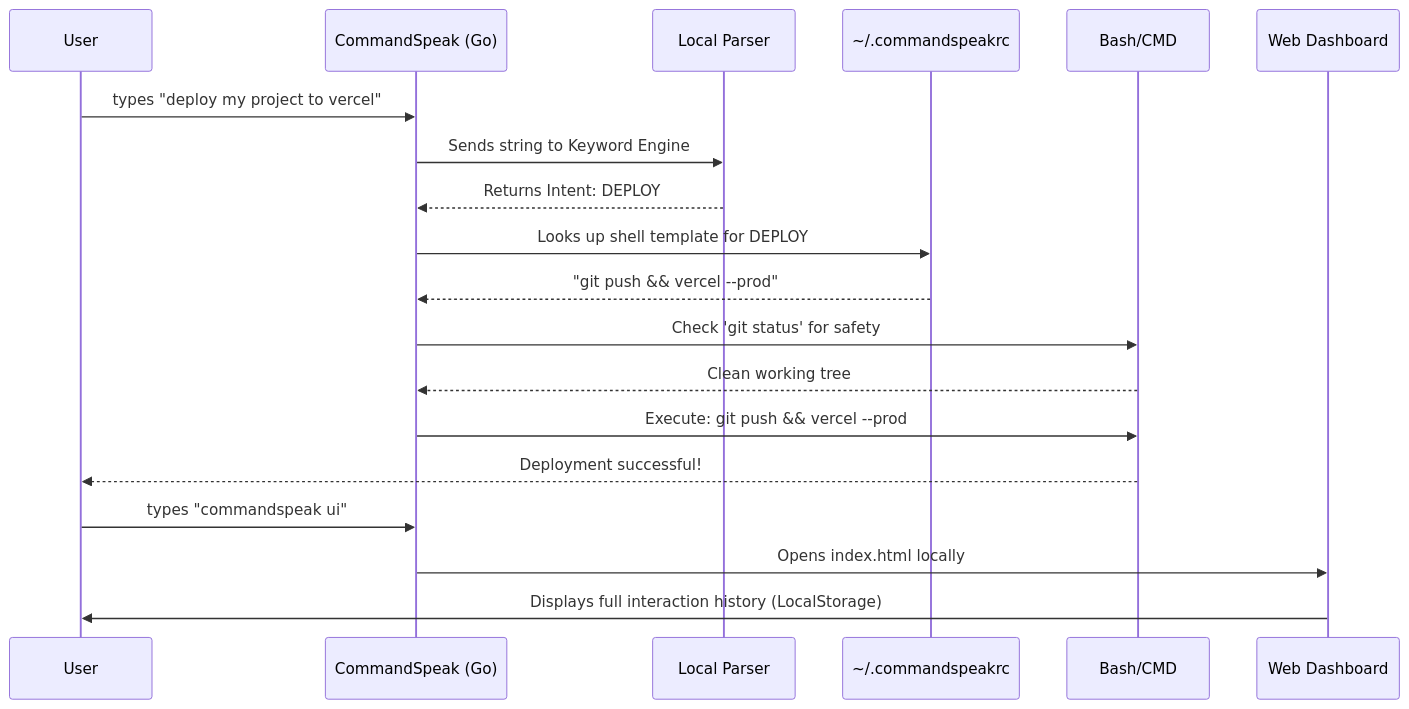
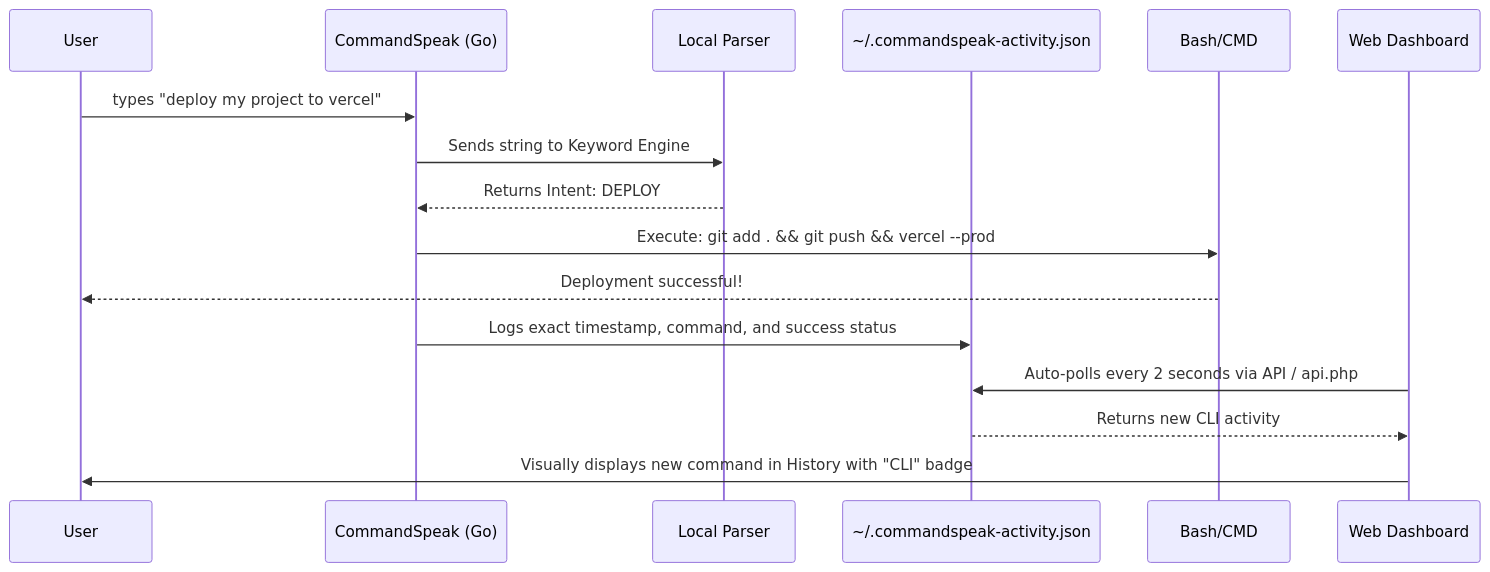
One commit to devchavda2007-web/commandspeak changed the diagram in README.md. Above: the diagram before and after it, drawn with Mermaid. The commit also changed other lines of this file and 3 other files, not shown here.

````diff
--- a/README.md
+++ b/README.md
@@ -27,25 +28,22 @@
 ```mermaid
 sequenceDiagram
     participant User
     participant CLI as CommandSpeak (Go)
     participant NLP as Local Parser
-    participant Config as ~/.commandspeakrc
+    participant DB as ~/.commandspeak-activity.json
     participant Shell as Bash/CMD
     participant UI as Web Dashboard
 
     User->>CLI: types "deploy my project to vercel"
     CLI->>NLP: Sends string to Keyword Engine
     NLP-->>CLI: Returns Intent: DEPLOY
-    CLI->>Config: Looks up shell template for DEPLOY
-    Config-->>CLI: "git push && vercel --prod"
     
-    CLI->>Shell: Check 'git status' for safety
-    Shell-->>CLI: Clean working tree
-    
-    CLI->>Shell: Execute: git push && vercel --prod
+    CLI->>Shell: Execute: git add . && git push && vercel --prod
     Shell-->>User: Deployment successful!
 
-    User->>CLI: types "commandspeak ui"
-    CLI->>UI: Opens index.html locally
-    UI->>User: Displays full interaction history (LocalStorage)
+    CLI->>DB: Logs exact timestamp, command, and success status
+    
+    UI->>DB: Auto-polls every 2 seconds via API / api.php
+    DB-->>UI: Returns new CLI activity
+    UI->>User: Visually displays new command in History with "CLI" badge
 ```
````
